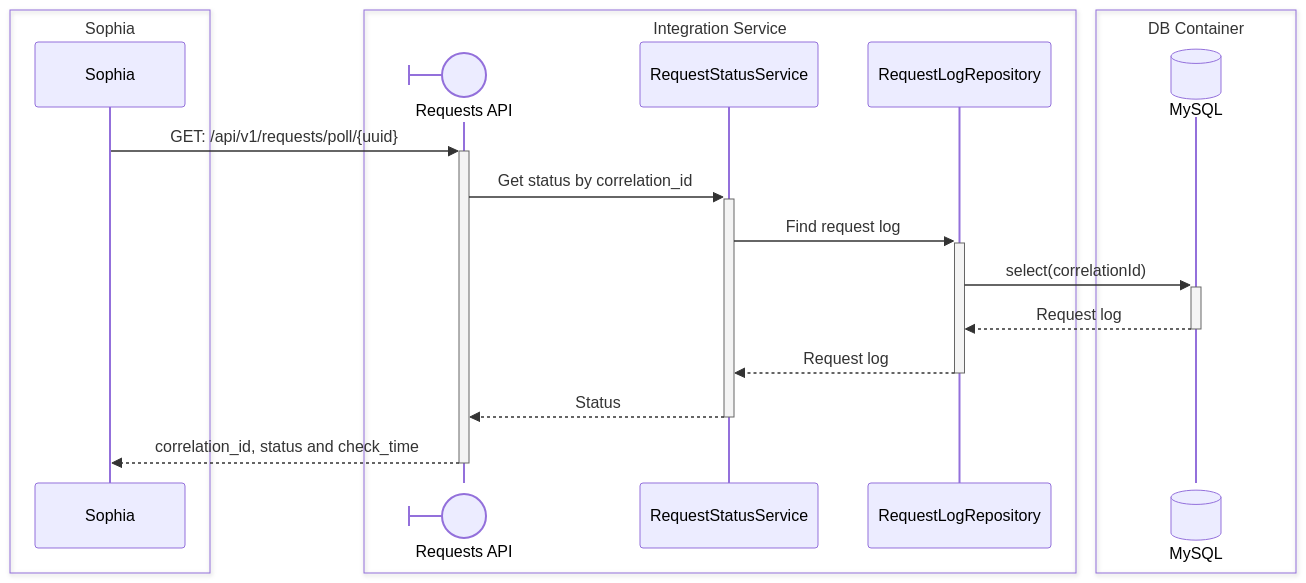
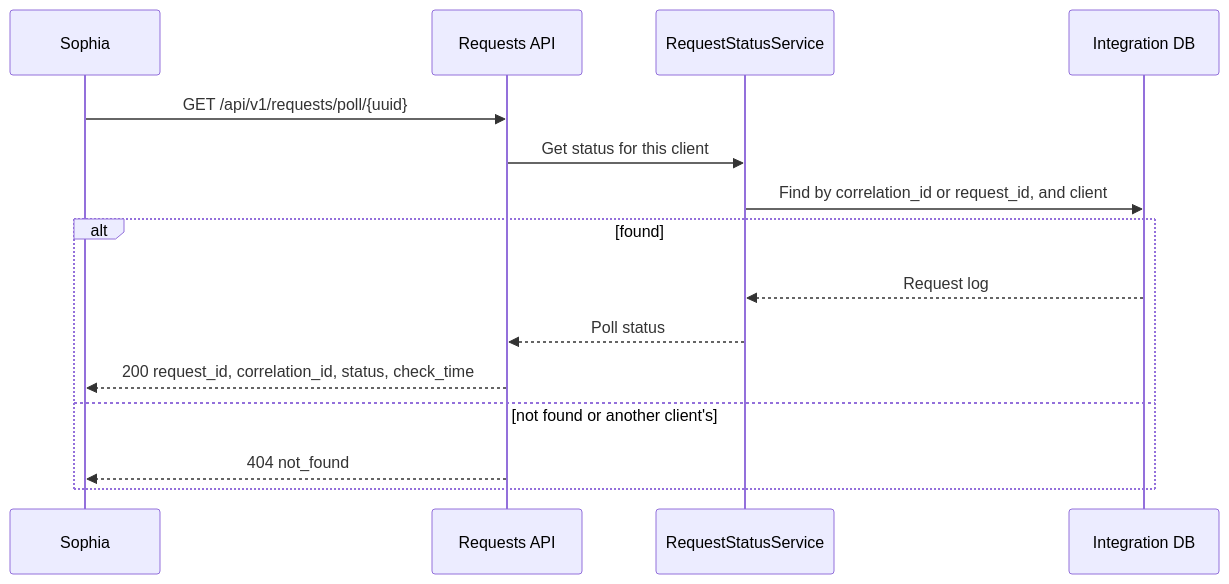
Before and after one commit to arbisoft/incubator-devlake: the fifth of 7 diagrams in integration-service-architecture-plan.md, drawn with Mermaid. The commit also changed other lines of this file, not shown here.

First line of the commit message:
docs: update integration service plan to match the built service

````diff
--- a/integration-service-architecture-plan.md
+++ b/integration-service-architecture-plan.md
@@ -402,23 +659,18 @@
 ```mermaid
 sequenceDiagram
-    box Sophia
-        participant Sophia
+    participant Sophia
+    participant requestsApi as Requests API
+    participant statusService as RequestStatusService
+    participant db as Integration DB
+
+    Sophia->>requestsApi: GET /api/v1/requests/poll/{uuid}
+    requestsApi->>statusService: Get status for this client
+    statusService->>db: Find by correlation_id or request_id, and client
+    alt found
+        db-->>statusService: Request log
+        statusService-->>requestsApi: Poll status
+        requestsApi-->>Sophia: 200 request_id, correlation_id, status, check_time
+    else not found or another client's
+        requestsApi-->>Sophia: 404 not_found
     end
-    box Integration Service
-        participant requests_api@{ "type": "boundary" } as Requests API
-        participant request_status_service as RequestStatusService
-        participant request_repository as RequestLogRepository
-    end
-    box DB Container
-        participant db@{ "type": "database" } as MySQL
-    end
-
-    Sophia->>+requests_api: GET: /api/v1/requests/poll/{uuid}
-    requests_api->>+request_status_service: Get status by correlation_id
-    request_status_service->>+request_repository: Find request log
-    request_repository->>+db: select(correlationId)
-    db-->>-request_repository: Request log
-    request_repository-->>-request_status_service: Request log
-    request_status_service-->>-requests_api: Status
-    requests_api-->>-Sophia: correlation_id, status and check_time
 ```
````
